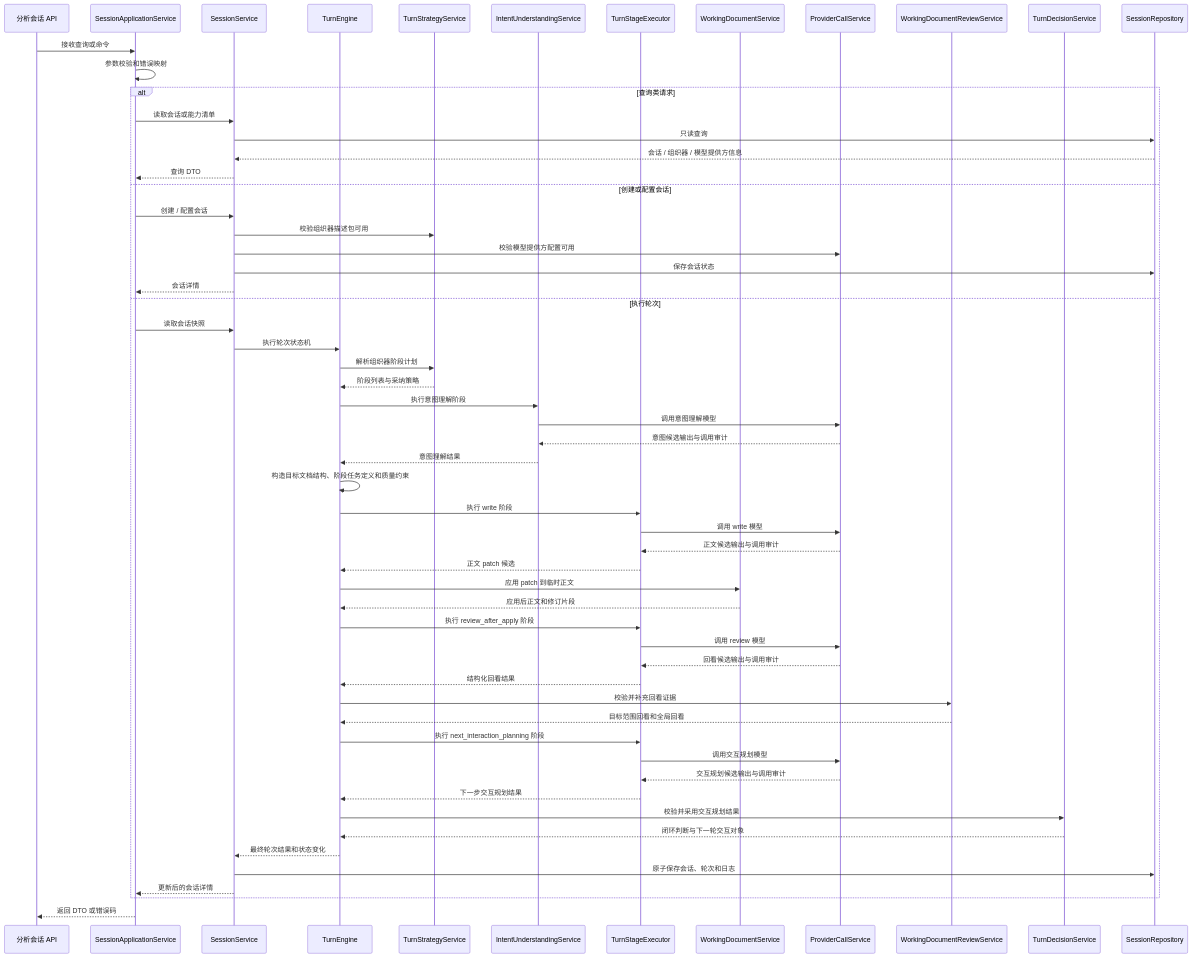
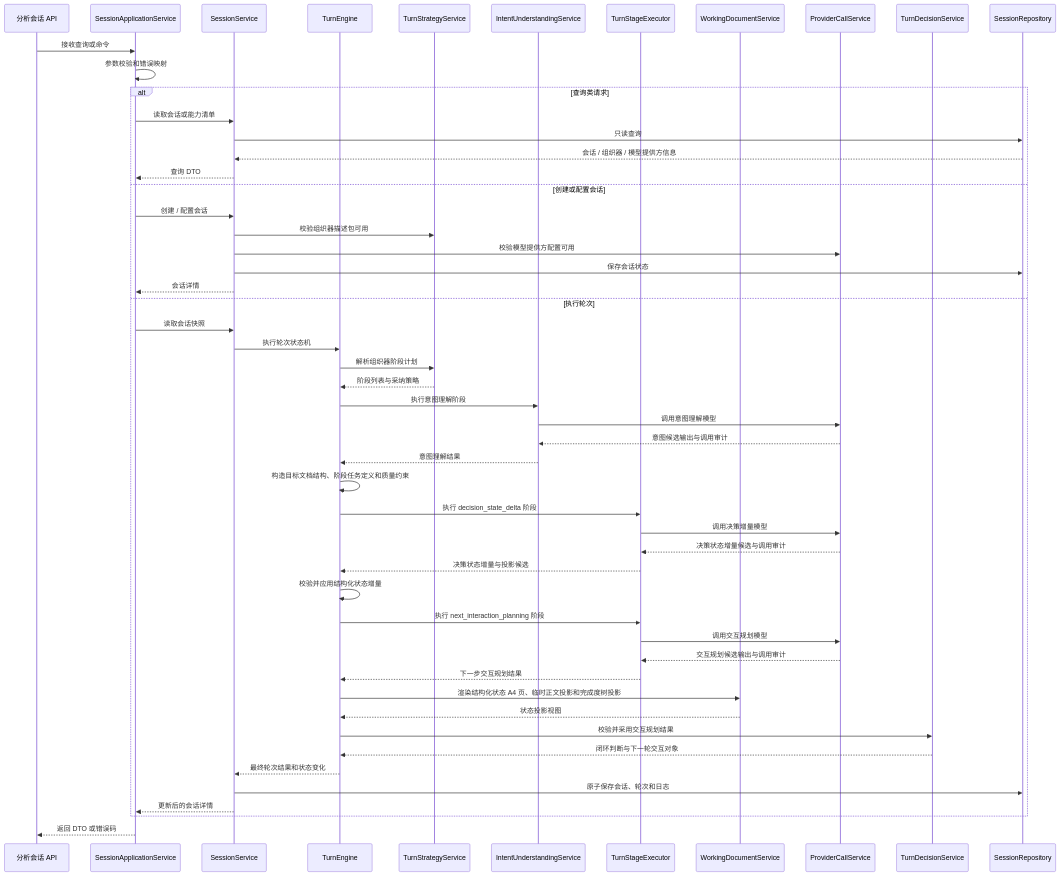
Before and after one commit to wgwtest/CodeFactoryV2: diagram 24 of 35 in DOC/CODEX_DOC/02_设计说明/P2_需求分析系统/P2-需求分析系统设计.md, drawn with Mermaid. The commit also changed other lines of this file and 37 other files, not shown here.

Commit message:
feat: refine p2 requirement analysis decision flow

````diff
--- a/DOC/CODEX_DOC/02_设计说明/P2_需求分析系统/P2-需求分析系统设计.md
+++ b/DOC/CODEX_DOC/02_设计说明/P2_需求分析系统/P2-需求分析系统设计.md
@@ -3003,62 +3011,56 @@
 ```mermaid
 sequenceDiagram
   participant API as 分析会话 API
   participant App as SessionApplicationService
   participant Session as SessionService
   participant Turn as TurnEngine
   participant Strategy as TurnStrategyService
   participant Intent as IntentUnderstandingService
   participant Stage as TurnStageExecutor
   participant Doc as WorkingDocumentService
   participant Provider as ProviderCallService
-  participant Review as WorkingDocumentReviewService
   participant Decision as TurnDecisionService
   participant Repo as SessionRepository
 
   API->>App: 接收查询或命令
   App->>App: 参数校验和错误映射
   alt 查询类请求
     App->>Session: 读取会话或能力清单
     Session->>Repo: 只读查询
     Repo-->>Session: 会话 / 组织器 / 模型提供方信息
     Session-->>App: 查询 DTO
   else 创建或配置会话
     App->>Session: 创建 / 配置会话
     Session->>Strategy: 校验组织器描述包可用
     Session->>Provider: 校验模型提供方配置可用
     Session->>Repo: 保存会话状态
     Session-->>App: 会话详情
   else 执行轮次
     App->>Session: 读取会话快照
     Session->>Turn: 执行轮次状态机
     Turn->>Strategy: 解析组织器阶段计划
     Strategy-->>Turn: 阶段列表与采纳策略
     Turn->>Intent: 执行意图理解阶段
     Intent->>Provider: 调用意图理解模型
     Provider-->>Intent: 意图候选输出与调用审计
     Intent-->>Turn: 意图理解结果
     Turn->>Turn: 构造目标文档结构、阶段任务定义和质量约束
-    Turn->>Stage: 执行 write 阶段
-    Stage->>Provider: 调用 write 模型
-    Provider-->>Stage: 正文候选输出与调用审计
-    Stage-->>Turn: 正文 patch 候选
-    Turn->>Doc: 应用 patch 到临时正文
-    Doc-->>Turn: 应用后正文和修订片段
-    Turn->>Stage: 执行 review_after_apply 阶段
-    Stage->>Provider: 调用 review 模型
-    Provider-->>Stage: 回看候选输出与调用审计
-    Stage-->>Turn: 结构化回看结果
-    Turn->>Review: 校验并补充回看证据
-    Review-->>Turn: 目标范围回看和全局回看
+    Turn->>Stage: 执行 decision_state_delta 阶段
+    Stage->>Provider: 调用决策增量模型
+    Provider-->>Stage: 决策状态增量候选与调用审计
+    Stage-->>Turn: 决策状态增量与投影候选
+    Turn->>Turn: 校验并应用结构化状态增量
     Turn->>Stage: 执行 next_interaction_planning 阶段
     Stage->>Provider: 调用交互规划模型
     Provider-->>Stage: 交互规划候选输出与调用审计
     Stage-->>Turn: 下一步交互规划结果
+    Turn->>Doc: 渲染结构化状态 A4 页、临时正文投影和完成度树投影
+    Doc-->>Turn: 状态投影视图
     Turn->>Decision: 校验并采用交互规划结果
     Decision-->>Turn: 闭环判断与下一轮交互对象
     Turn-->>Session: 最终轮次结果和状态变化
     Session->>Repo: 原子保存会话、轮次和日志
     Session-->>App: 更新后的会话详情
   end
   App-->>API: 返回 DTO 或错误码
 ```
````
